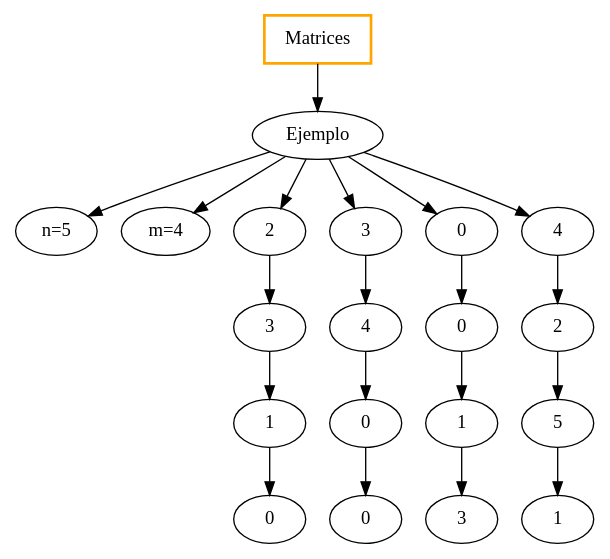
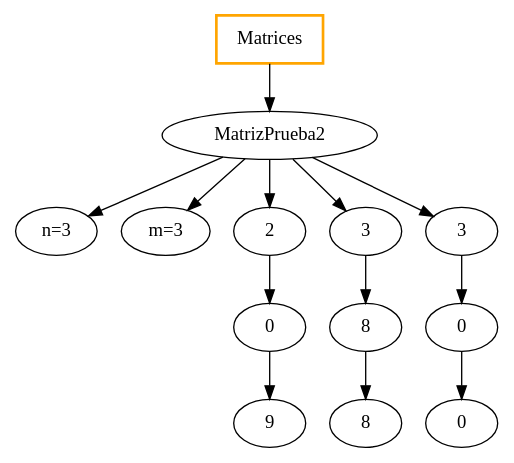
One commit to OscarDOE/IPC2_Proyecto1_201902663 changed the diagram in grafica.dot. Above: the diagram before and after it, drawn with Graphviz. The commit also changed 14 other files, not shown here.

```diff
--- a/grafica.dot
+++ b/grafica.dot
@@ -1,38 +1,24 @@
 digraph grafica{
 "Matrices"[shape=box,style=bold,fillcolor=black, color=orange]
-"Matrices" -> Ejemplo
-Ejemplo->"n=5"
-Ejemplo->"m=4"
+"Matrices" -> MatrizPrueba2
+MatrizPrueba2->"n=3"
+MatrizPrueba2->"m=3"
 X0[label="2"]
-Ejemplo->X0
-X0Y0[label="3"]
+MatrizPrueba2->X0
+X0Y0[label="0"]
 X0->X0Y0
-X0Y1[label="1"]
+X0Y1[label="9"]
 X0Y0->X0Y1
-X0Y2[label="0"]
-X0Y1->X0Y2
 X1[label="3"]
-Ejemplo->X1
-X1Y0[label="4"]
+MatrizPrueba2->X1
+X1Y0[label="8"]
 X1->X1Y0
-X1Y1[label="0"]
+X1Y1[label="8"]
 X1Y0->X1Y1
-X1Y2[label="0"]
-X1Y1->X1Y2
-X2[label="0"]
-Ejemplo->X2
+X2[label="3"]
+MatrizPrueba2->X2
 X2Y0[label="0"]
 X2->X2Y0
-X2Y1[label="1"]
+X2Y1[label="0"]
 X2Y0->X2Y1
-X2Y2[label="3"]
-X2Y1->X2Y2
-X3[label="4"]
-Ejemplo->X3
-X3Y0[label="2"]
-X3->X3Y0
-X3Y1[label="5"]
-X3Y0->X3Y1
-X3Y2[label="1"]
-X3Y1->X3Y2
 }
```
